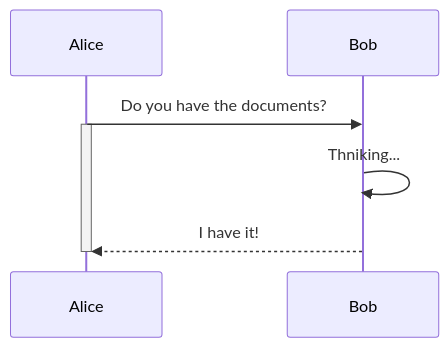
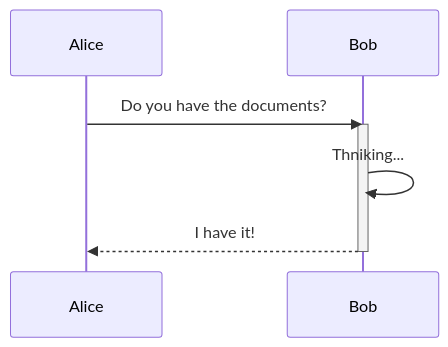
Before and after one commit to devinoue/type-mermaid: the third of 10 diagrams in README.md, drawn with Mermaid. The commit also changed other lines of this file, not shown here.

````diff
--- a/README.md
+++ b/README.md
@@ -175,10 +175,10 @@
 ```mermaid
 sequenceDiagram
     participant Alice
     participant Bob
     Alice->>Bob: Do you have the documents?
-    activate Alice
+    activate Bob
     Bob->>Bob: Thniking...
     Bob-->>Alice: I have it!
-    deactivate Alice
+    deactivate Bob
 ```
````
